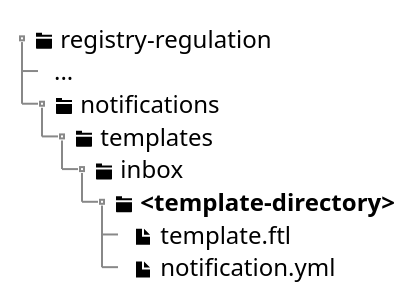
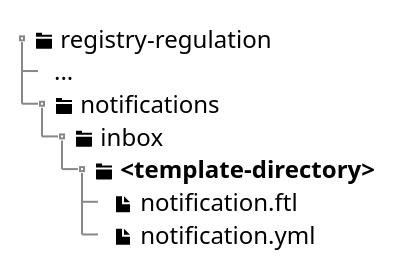
One commit to epam/edp-ddm-architecture changed the diagram in modules/tech/partials/lowcode/notifications/inbox/inbox-notification-structure.puml. Above: the diagram before and after it, drawn with PlantUML. The commit also changed 7 other files, not shown here.

```diff
--- a/modules/tech/partials/lowcode/notifications/inbox/inbox-notification-structure.puml
+++ b/modules/tech/partials/lowcode/notifications/inbox/inbox-notification-structure.puml
@@ -1,14 +1,13 @@
 @startsalt
 {
 {T
 + <&folder> registry-regulation
 ++ ...
 ++ <&folder> notifications
-+++ <&folder> templates
-++++ <&folder> inbox
-+++++ <&folder> <b><template-directory></b>
-++++++ <&file> template.ftl
-++++++ <&file> notification.yml
++++ <&folder> inbox
+++++ <&folder> <b><template-directory></b>
++++++ <&file> notification.ftl
++++++ <&file> notification.yml
 }
 }
 @endsalt
```
